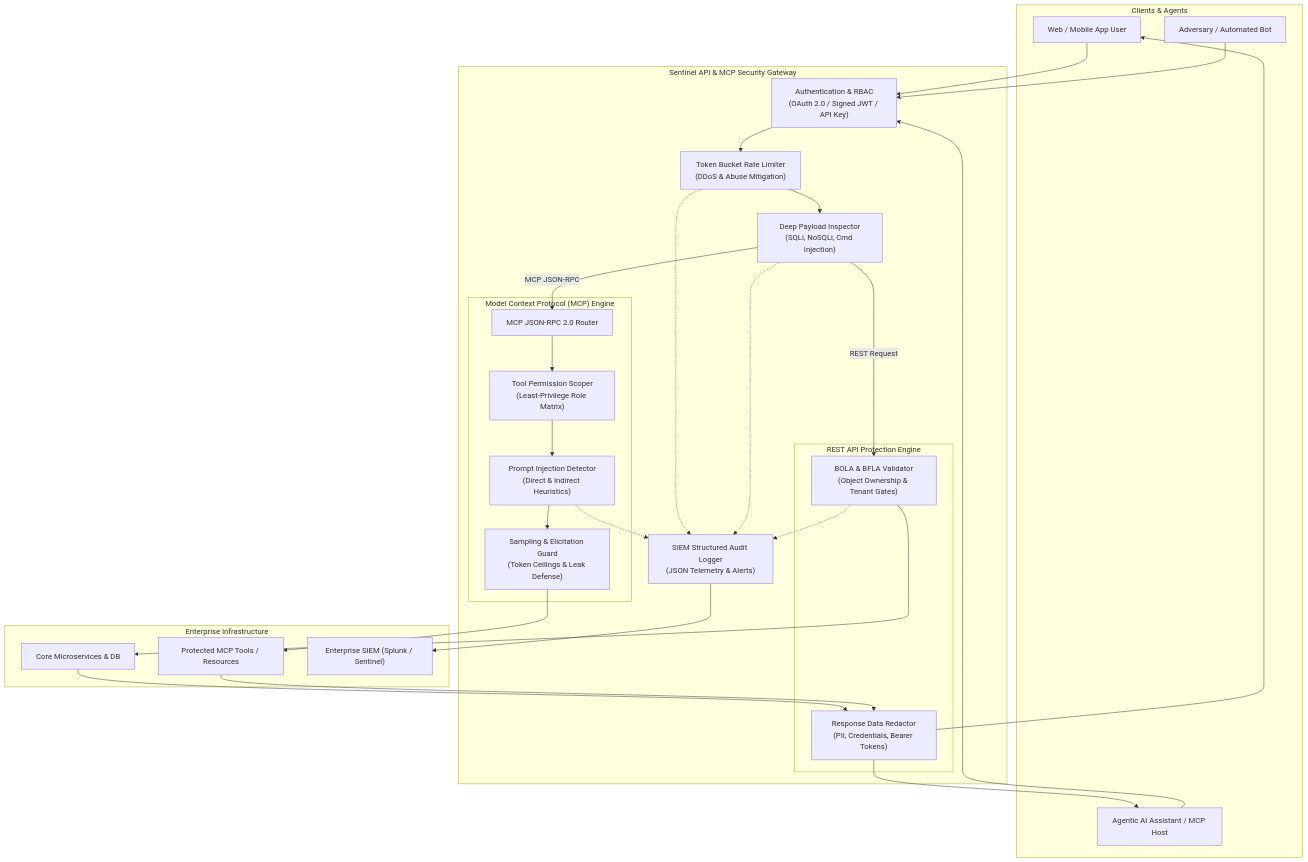
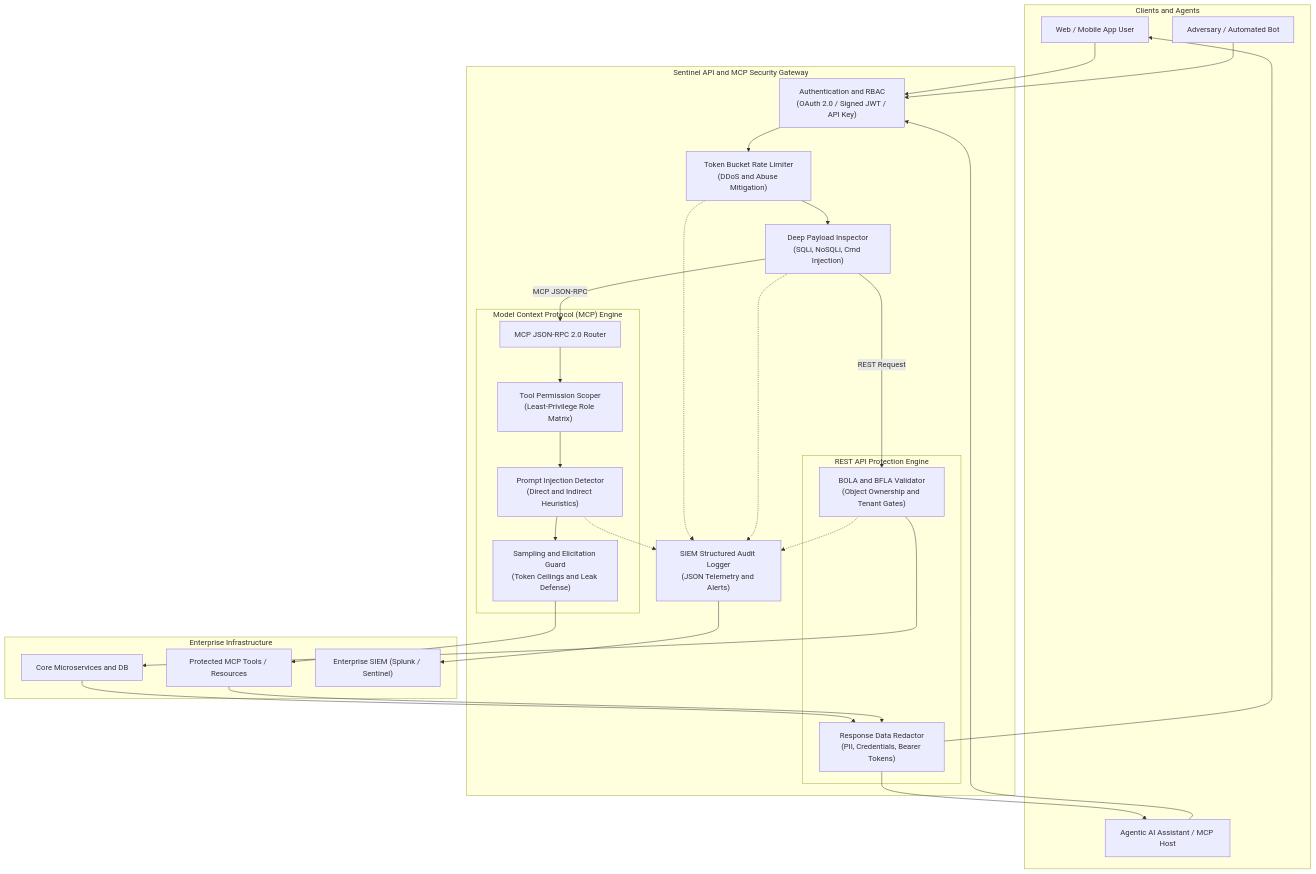
Before and after one commit to awanish5101/mcp-api-security-gateway: the diagram in README.md, drawn with Mermaid. The commit also changed other lines of this file, not shown here.

````diff
--- a/README.md
+++ b/README.md
@@ -15,62 +15,62 @@
 ```mermaid
 flowchart TD
-    subgraph Clients["Clients & Agents"]
+    subgraph Clients["Clients and Agents"]
         WebUser["Web / Mobile App User"]
         AIAgent["Agentic AI Assistant / MCP Host"]
         Attacker["Adversary / Automated Bot"]
     end
 
-    subgraph Gateway["Sentinel API & MCP Security Gateway"]
-        AuthLayer["Authentication & RBAC<br/>(OAuth 2.0 / Signed JWT / API Key)"]
-        RateLimiter["Token Bucket Rate Limiter<br/>(DDoS & Abuse Mitigation)"]
+    subgraph Gateway["Sentinel API and MCP Security Gateway"]
+        AuthLayer["Authentication and RBAC<br/>(OAuth 2.0 / Signed JWT / API Key)"]
+        RateLimiter["Token Bucket Rate Limiter<br/>(DDoS and Abuse Mitigation)"]
         PayloadInspector["Deep Payload Inspector<br/>(SQLi, NoSQLi, Cmd Injection)"]
         
         subgraph MCPSecurity["Model Context Protocol (MCP) Engine"]
             MCPRouter["MCP JSON-RPC 2.0 Router"]
             PermScoper["Tool Permission Scoper<br/>(Least-Privilege Role Matrix)"]
-            PIDetector["Prompt Injection Detector<br/>(Direct & Indirect Heuristics)"]
-            SamplingGuard["Sampling & Elicitation Guard<br/>(Token Ceilings & Leak Defense)"]
+            PIDetector["Prompt Injection Detector<br/>(Direct and Indirect Heuristics)"]
+            SamplingGuard["Sampling and Elicitation Guard<br/>(Token Ceilings and Leak Defense)"]
         end
 
         subgraph RESTSecurity["REST API Protection Engine"]
-            BOLAGuard["BOLA & BFLA Validator<br/>(Object Ownership & Tenant Gates)"]
+            BOLAGuard["BOLA and BFLA Validator<br/>(Object Ownership and Tenant Gates)"]
             DataRedactor["Response Data Redactor<br/>(PII, Credentials, Bearer Tokens)"]
         end
 
-        AuditLogger["SIEM Structured Audit Logger<br/>(JSON Telemetry & Alerts)"]
+        AuditLogger["SIEM Structured Audit Logger<br/>(JSON Telemetry and Alerts)"]
     end
 
     subgraph Upstream["Enterprise Infrastructure"]
-        ProtectedMicroservice["Core Microservices & DB"]
+        ProtectedMicroservice["Core Microservices and DB"]
         DownstreamMCP["Protected MCP Tools / Resources"]
         SIEM["Enterprise SIEM (Splunk / Sentinel)"]
     end
 
     WebUser --> AuthLayer
     AIAgent --> AuthLayer
     Attacker --> AuthLayer
 
     AuthLayer --> RateLimiter
     RateLimiter --> PayloadInspector
 
     PayloadInspector -->|REST Request| BOLAGuard
     PayloadInspector -->|MCP JSON-RPC| MCPRouter
 
     MCPRouter --> PermScoper
     PermScoper --> PIDetector
     PIDetector --> SamplingGuard
     SamplingGuard --> DownstreamMCP
 
     BOLAGuard --> ProtectedMicroservice
     ProtectedMicroservice --> DataRedactor
     DownstreamMCP --> DataRedactor
 
     DataRedactor --> WebUser
     DataRedactor --> AIAgent
 
     RateLimiter -.-> AuditLogger
     PayloadInspector -.-> AuditLogger
     PIDetector -.-> AuditLogger
     BOLAGuard -.-> AuditLogger
     AuditLogger --> SIEM
 ```
````
